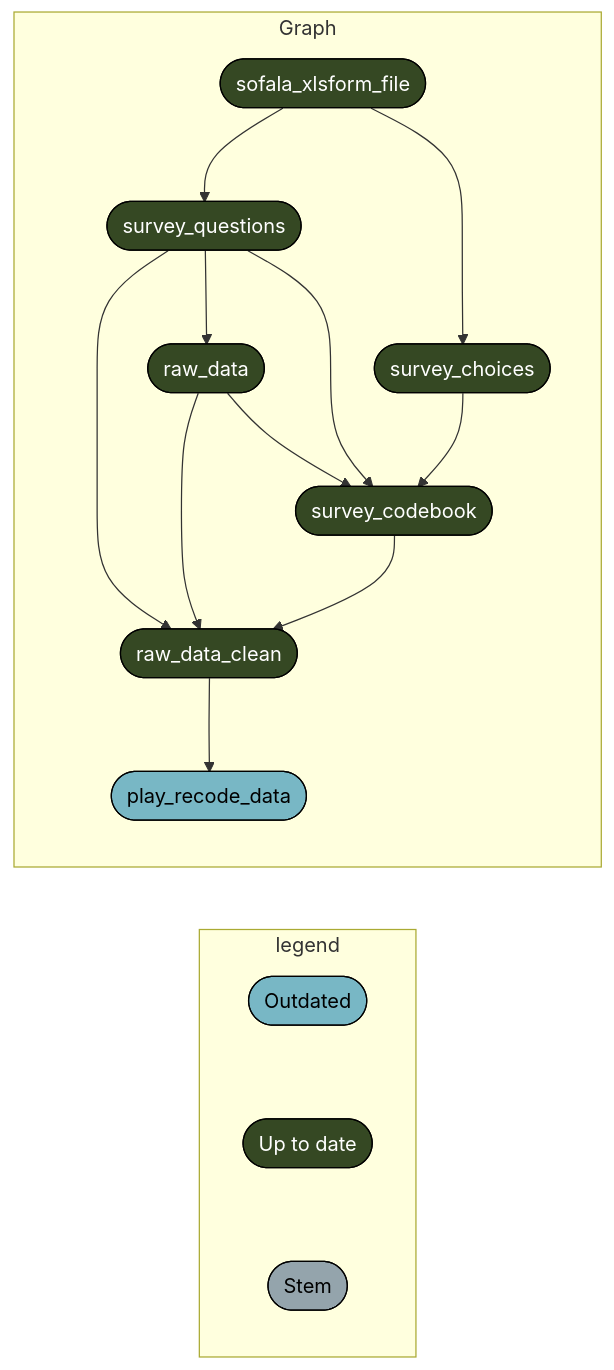
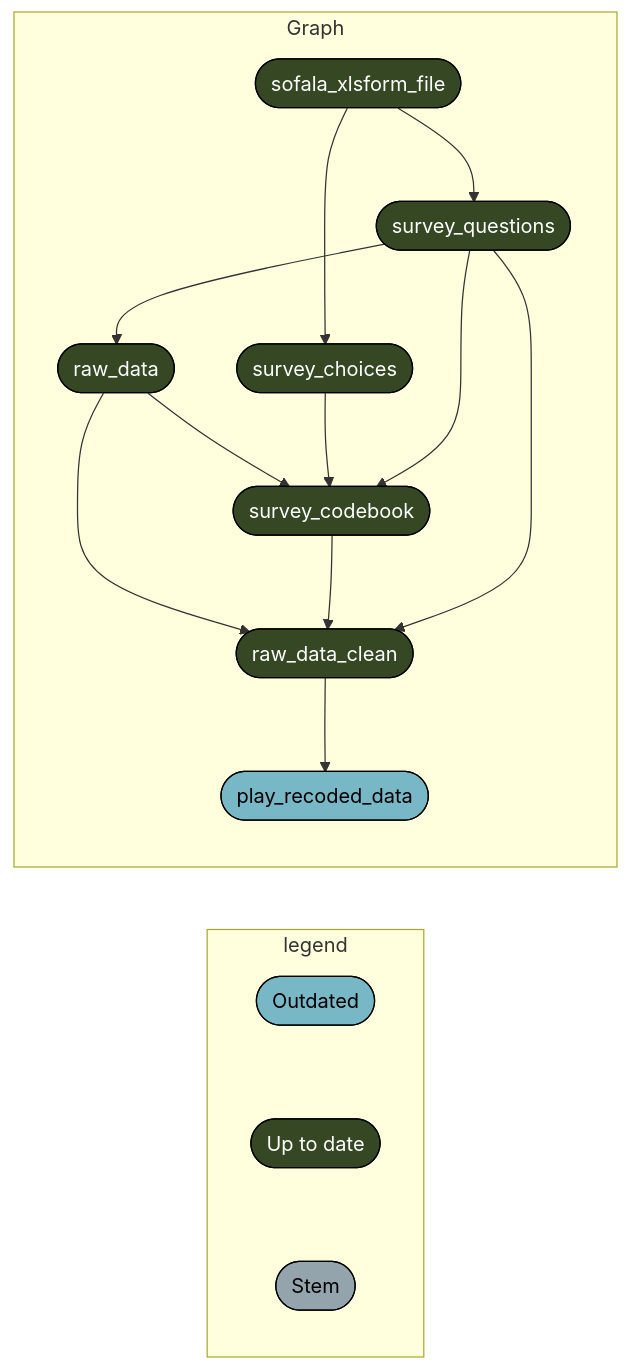
One commit to katilingban/mozambique-s3m changed the ninth of 15 diagrams in README.md. Above: the diagram before and after it, drawn with Mermaid. The commit also changed other lines of this file and 1 other file, not shown here.

````diff
--- a/README.md
+++ b/README.md
@@ -276,24 +281,24 @@
 ``` mermaid
 graph LR
   subgraph legend
     x0a52b03877696646([""Outdated""]):::outdated --- x7420bd9270f8d27d([""Up to date""]):::uptodate
     x7420bd9270f8d27d([""Up to date""]):::uptodate --- xbf4603d6c2c2ad6b([""Stem""]):::none
   end
   subgraph Graph
-    x09e58614f2343db8(["raw_data_clean"]):::uptodate --> x161fe1c795db5a79(["play_recode_data"]):::outdated
-    x136e4e85e6851637(["raw_data"]):::uptodate --> x09e58614f2343db8(["raw_data_clean"]):::uptodate
-    xfcfc1959dbba8ed3(["survey_codebook"]):::uptodate --> x09e58614f2343db8(["raw_data_clean"]):::uptodate
-    x0c65864d89dfd824(["survey_questions"]):::uptodate --> x09e58614f2343db8(["raw_data_clean"]):::uptodate
-    x0c65864d89dfd824(["survey_questions"]):::uptodate --> x136e4e85e6851637(["raw_data"]):::uptodate
     x52eeb21c389d52d8(["sofala_xlsform_file"]):::uptodate --> x0c65864d89dfd824(["survey_questions"]):::uptodate
     x136e4e85e6851637(["raw_data"]):::uptodate --> xfcfc1959dbba8ed3(["survey_codebook"]):::uptodate
     x5aed27afbde18e19(["survey_choices"]):::uptodate --> xfcfc1959dbba8ed3(["survey_codebook"]):::uptodate
     x0c65864d89dfd824(["survey_questions"]):::uptodate --> xfcfc1959dbba8ed3(["survey_codebook"]):::uptodate
+    x136e4e85e6851637(["raw_data"]):::uptodate --> x09e58614f2343db8(["raw_data_clean"]):::uptodate
+    xfcfc1959dbba8ed3(["survey_codebook"]):::uptodate --> x09e58614f2343db8(["raw_data_clean"]):::uptodate
+    x0c65864d89dfd824(["survey_questions"]):::uptodate --> x09e58614f2343db8(["raw_data_clean"]):::uptodate
+    x09e58614f2343db8(["raw_data_clean"]):::uptodate --> xfb6b83f1bca73d99(["play_recoded_data"]):::outdated
     x52eeb21c389d52d8(["sofala_xlsform_file"]):::uptodate --> x5aed27afbde18e19(["survey_choices"]):::uptodate
+    x0c65864d89dfd824(["survey_questions"]):::uptodate --> x136e4e85e6851637(["raw_data"]):::uptodate
   end
   classDef outdated stroke:#000000,color:#000000,fill:#78B7C5;
   classDef uptodate stroke:#000000,color:#ffffff,fill:#354823;
   classDef none stroke:#000000,color:#000000,fill:#94a4ac;
   linkStyle 0 stroke-width:0px;
   linkStyle 1 stroke-width:0px;
 ```
````
